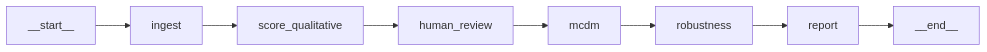
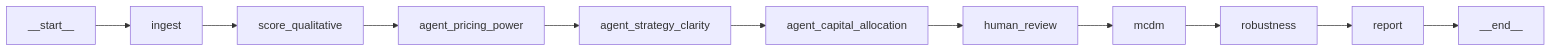
Before and after one commit to whoimad/maid: the first of 3 diagrams in docs/architecture/graph.md, drawn with Mermaid. The commit also changed other lines of this file and 5 other files, not shown here.

First line of the commit message:
feat(graph): three local LLM criterion agents as sequential, cache-resumable nodes (D21)

````diff
--- a/docs/architecture/graph.md
+++ b/docs/architecture/graph.md
@@ -9,10 +9,13 @@
 ```mermaid
 flowchart LR
     __start__ --> ingest
     ingest --> score_qualitative
-    score_qualitative --> human_review
+    score_qualitative --> agent_pricing_power
+    agent_pricing_power --> agent_strategy_clarity
+    agent_strategy_clarity --> agent_capital_allocation
+    agent_capital_allocation --> human_review
     human_review --> mcdm
     mcdm --> robustness
     robustness --> report
     report --> __end__
 ```
````
